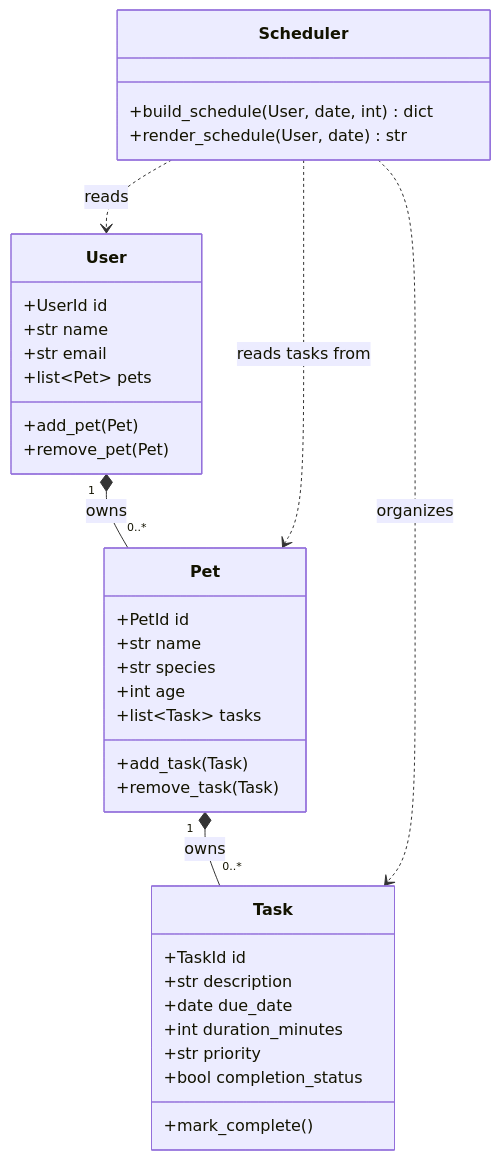
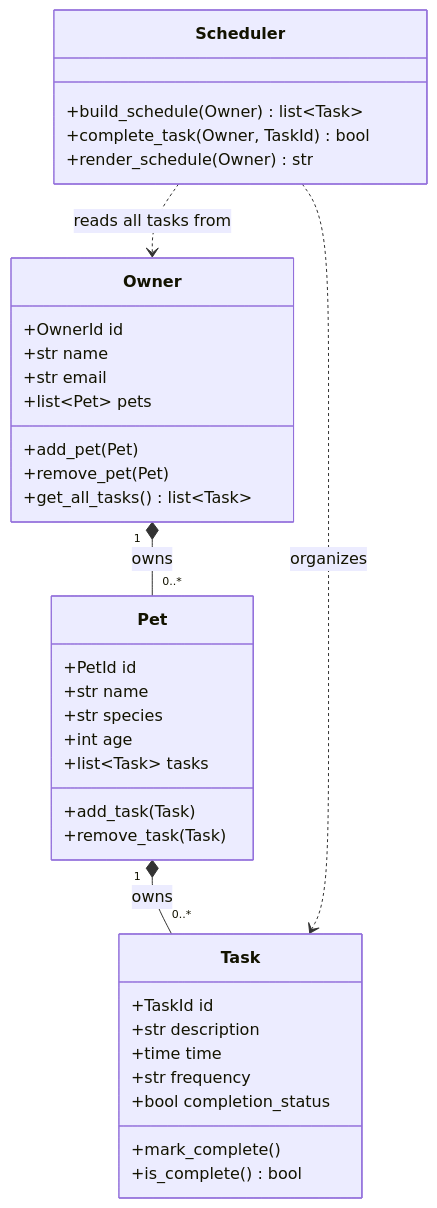
The diagram in diagrams/uml.mmd (bthomas218/ai110-module2show-pawpal-starter), drawn with Mermaid before and after one commit. The commit also changed 2 other files, not shown here.

```diff
--- a/diagrams/uml.mmd
+++ b/diagrams/uml.mmd
@@ -1,41 +1,41 @@
 classDiagram
     class Task {
         +TaskId id
         +str description
-        +date due_date
-        +int duration_minutes
-        +str priority
+        +time time
+        +str frequency
         +bool completion_status
         +mark_complete()
+        +is_complete() bool
     }
 
     class Pet {
         +PetId id
         +str name
         +str species
         +int age
         +list~Task~ tasks
         +add_task(Task)
         +remove_task(Task)
     }
 
-    class User {
-        +UserId id
+    class Owner {
+        +OwnerId id
         +str name
         +str email
         +list~Pet~ pets
         +add_pet(Pet)
         +remove_pet(Pet)
+        +get_all_tasks() list~Task~
     }
 
     class Scheduler {
-        +build_schedule(User, date, int) dict
-        +render_schedule(User, date) str
+        +build_schedule(Owner) list~Task~
+        +complete_task(Owner, TaskId) bool
+        +render_schedule(Owner) str
     }
 
-    %% build_schedule returns tasks grouped by PetId.
-    User "1" *-- "0..*" Pet : owns
+    Owner "1" *-- "0..*" Pet : owns
     Pet "1" *-- "0..*" Task : owns
-    Scheduler ..> User : reads
-    Scheduler ..> Pet : reads tasks from
+    Scheduler ..> Owner : reads all tasks from
     Scheduler ..> Task : organizes
```
